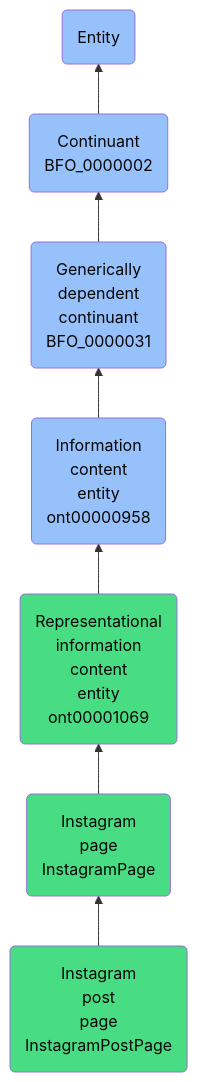
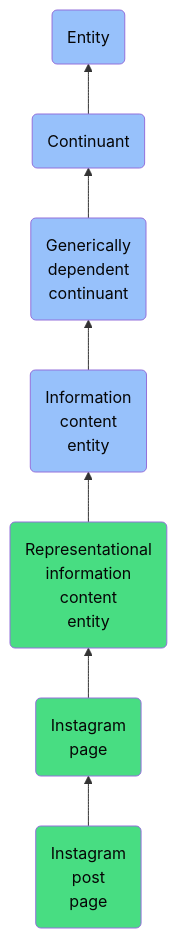
One commit to jupyter-naas/abi changed the diagram in docs/ontology/reference/model/Entity/Continuant/Generically dependent continuant/Information content entity/Representational information content entity/Instagram page/Instagram post page/Instagram post page.md. Above: the diagram before and after it, drawn with Mermaid. The commit also changed other lines of this file and 1430 other files, not shown here.

````diff
--- a/docs/ontology/reference/model/Entity/Continuant/Generically dependent continuant/Information content entity/Representational information content entity/Instagram page/Instagram post page/Instagram post page.md
+++ b/docs/ontology/reference/model/Entity/Continuant/Generically dependent continuant/Information content entity/Representational information content entity/Instagram page/Instagram post page/Instagram post page.md
@@ -24,14 +24,14 @@
 ```mermaid
 graph BT
-    InstagramPostPage(Instagram<br>post<br>page<br>InstagramPostPage):::ABI-->InstagramPage
-    InstagramPage(Instagram<br>page<br>InstagramPage):::ABI-->ont00001069
-    ont00001069(Representational<br>information<br>content<br>entity<br>ont00001069):::ABI-->ont00000958
-    ont00000958(Information<br>content<br>entity<br>ont00000958):::BFO-->BFO_0000031
-    BFO_0000031(Generically<br>dependent<br>continuant<br>BFO_0000031):::BFO-->BFO_0000002
-    BFO_0000002(Continuant<br>BFO_0000002):::BFO-->BFO_0000001
+    InstagramPostPage(Instagram<br>post<br>page):::ABI-->InstagramPage
+    InstagramPage(Instagram<br>page):::ABI-->ont00001069
+    ont00001069(Representational<br>information<br>content<br>entity):::ABI-->ont00000958
+    ont00000958(Information<br>content<br>entity):::BFO-->BFO_0000031
+    BFO_0000031(Generically<br>dependent<br>continuant):::BFO-->BFO_0000002
+    BFO_0000002(Continuant):::BFO-->BFO_0000001
     BFO_0000001(Entity):::BFO
     
     classDef BFO fill:#97c1fb,color:#060606
     classDef CCO fill:#e4c51e,color:#060606
     classDef ABI fill:#48DD82,color:#060606
 ```
````
